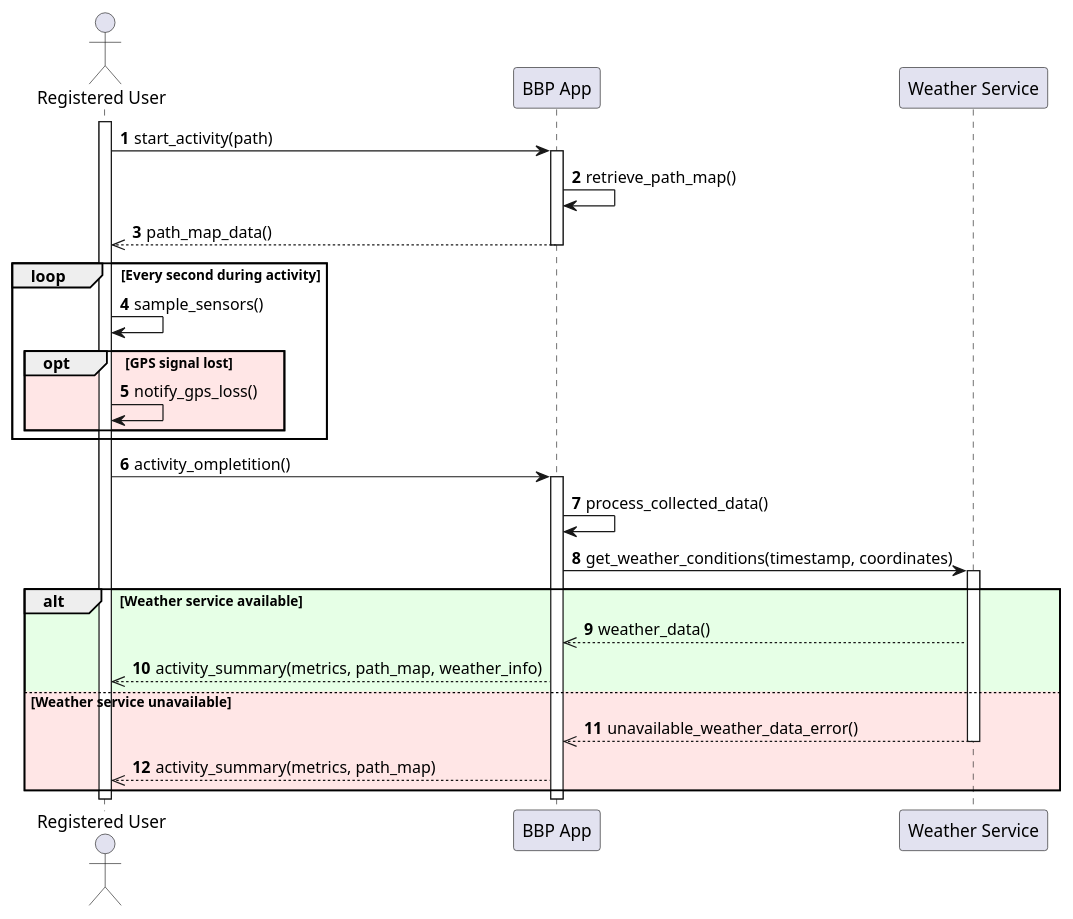
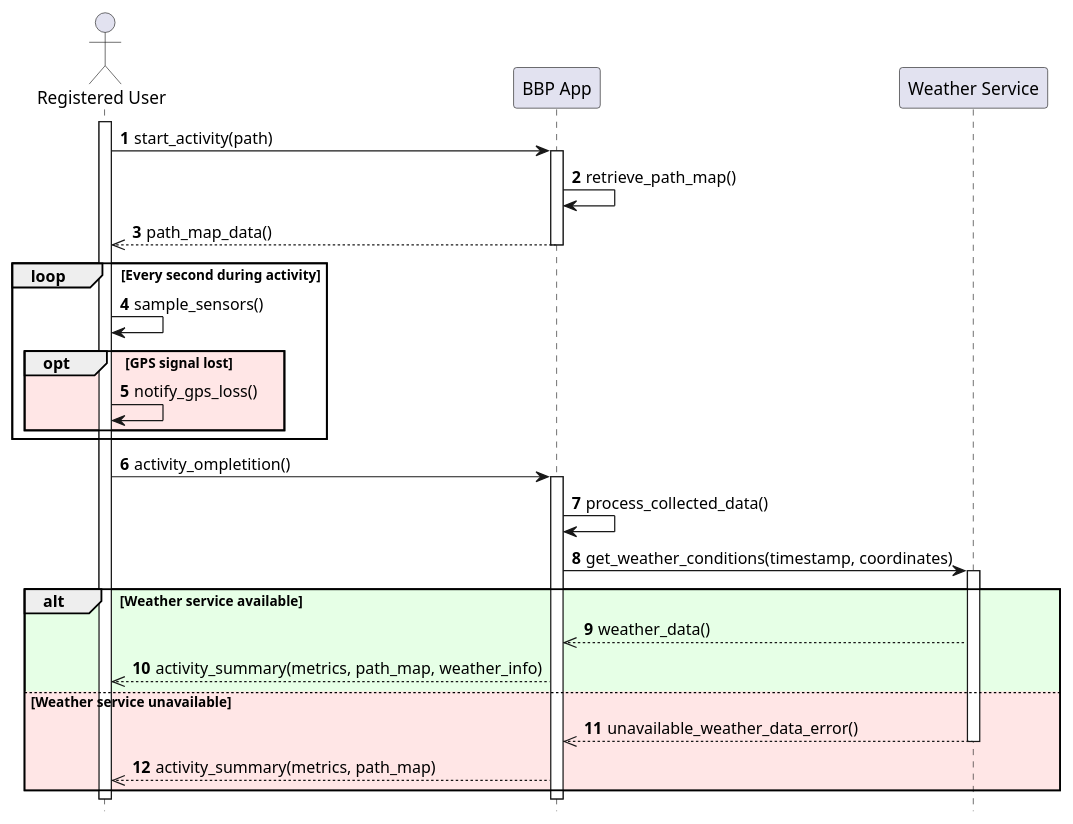
Before and after one commit to Guflie/PoliMi-SWE2-RDD-project: the diagram in diagrams/RASD/sequence diagram/UC10_sequence_diagram.puml, drawn with PlantUML. The commit also changed 33 other files, not shown here.

Commit message:
[RASD] Update Sequence Diagram

```diff
--- a/diagrams/RASD/sequence diagram/UC10_sequence_diagram.puml
+++ b/diagrams/RASD/sequence diagram/UC10_sequence_diagram.puml
@@ -1,44 +1,46 @@
-@startuml uc10_trip_monitoring
+@startuml uc10_sequence_diagram
+hide footbox
+
 actor "Registered User" as User
 participant "BBP App" as App
 participant "Weather Service" as Weather
 
 autonumber
 
 activate User
 
 User -> App : start_activity(path)
 activate App
 App -> App : retrieve_path_map()
 App -->> User : path_map_data()
 deactivate App
 
 loop Every second during activity
     User -> User : sample_sensors()
     
     opt #ffe6e6 GPS signal lost
         User -> User : notify_gps_loss()
     end
 end
 
 User -> App : activity_ompletition()
 activate App
 
 App -> App : process_collected_data()
 
 App -> Weather : get_weather_conditions(timestamp, coordinates)
 activate Weather
 
 alt #e6ffe6 Weather service available
     Weather -->> App : weather_data()
     App -->> User : activity_summary(metrics, path_map, weather_info)
 
 else #ffe6e6 Weather service unavailable
     Weather -->> App : unavailable_weather_data_error()
     deactivate Weather
     App -->> User : activity_summary(metrics, path_map)
 end
 
 deactivate App
 deactivate User
 @enduml
```
